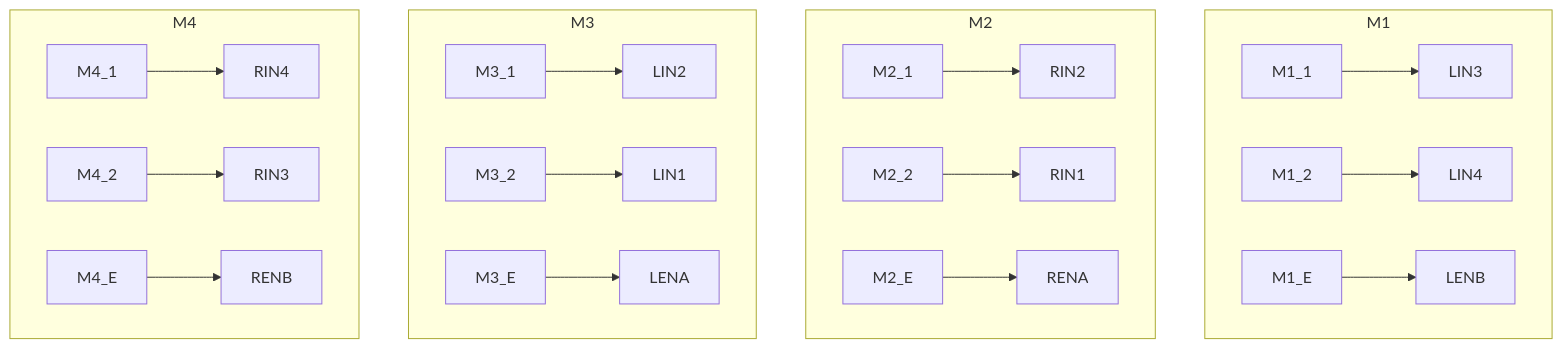
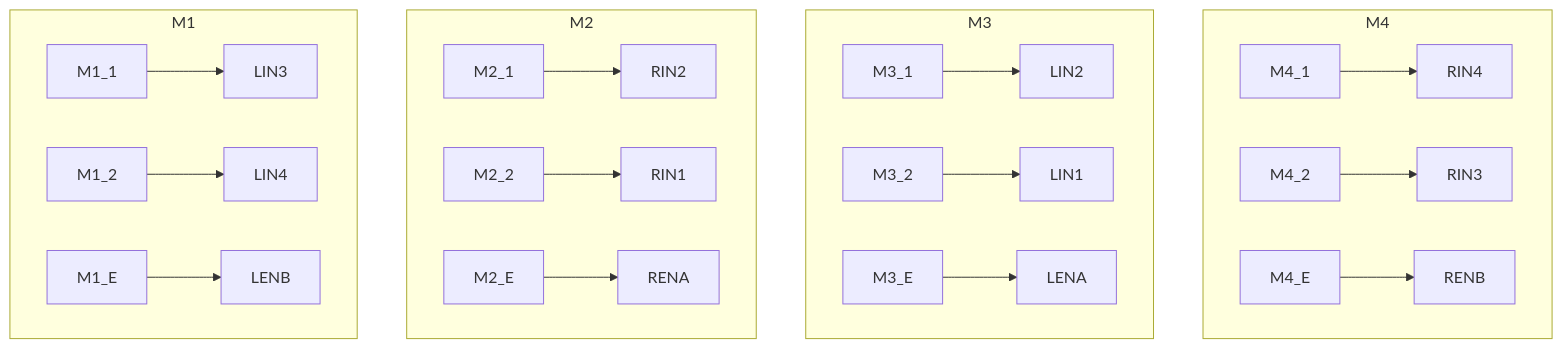
The diagram in README.md (discodyer/bt_car), drawn with Mermaid before and after one commit. The commit also changed other lines of this file, not shown here.

````diff
--- a/README.md
+++ b/README.md
@@ -24,23 +24,23 @@
 ```mermaid
 graph TB
-    subgraph M1
-        M1_1-->LIN3
-        M1_2-->LIN4
-        M1_E-->LENB
+    subgraph M4
+        M4_1-->RIN4
+        M4_2-->RIN3
+        M4_E-->RENB
+    end
+    subgraph M3
+        M3_1-->LIN2
+        M3_2-->LIN1
+        M3_E-->LENA
     end
     subgraph M2
         M2_1-->RIN2
         M2_2-->RIN1
         M2_E-->RENA
     end
-    subgraph M3
-        M3_1-->LIN2
-        M3_2-->LIN1
-        M3_E-->LENA
-    end
-    subgraph M4
-        M4_1-->RIN4
-        M4_2-->RIN3
-        M4_E-->RENB
+    subgraph M1
+        M1_1-->LIN3
+        M1_2-->LIN4
+        M1_E-->LENB
     end
 ```
````
